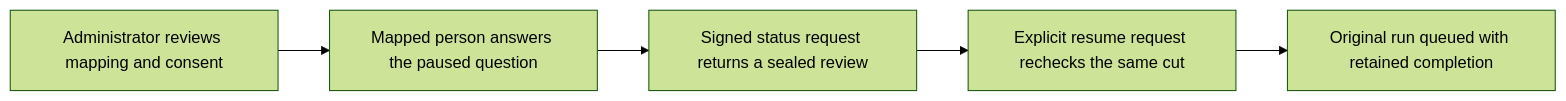
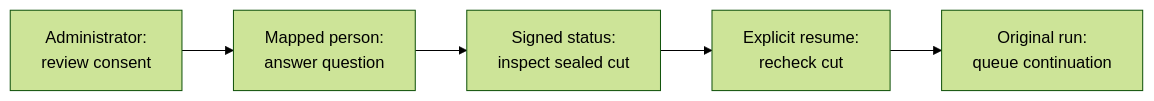
The second of 2 diagrams in docs/scm.md (fireflyframework/firefly-forge), drawn with Mermaid (forest theme) before and after one commit.

Commit message:
Keep same-run continuation diagram labels legible at narrow widths

````diff
--- a/docs/scm.md
+++ b/docs/scm.md
@@ -345,7 +345,7 @@
 ```mermaid
 flowchart LR
-  A[Administrator reviews mapping and consent] --> Q[Mapped person answers the paused question]
-  Q --> S[Signed status request returns a sealed review]
-  S --> R[Explicit resume request rechecks the same cut]
-  R --> C[Original run queued with retained completion]
+  A["Administrator:<br/>review consent"] --> Q["Mapped person:<br/>answer question"]
+  Q --> S["Signed status:<br/>inspect sealed cut"]
+  S --> R["Explicit resume:<br/>recheck cut"]
+  R --> C["Original run:<br/>queue continuation"]
 ```
````
